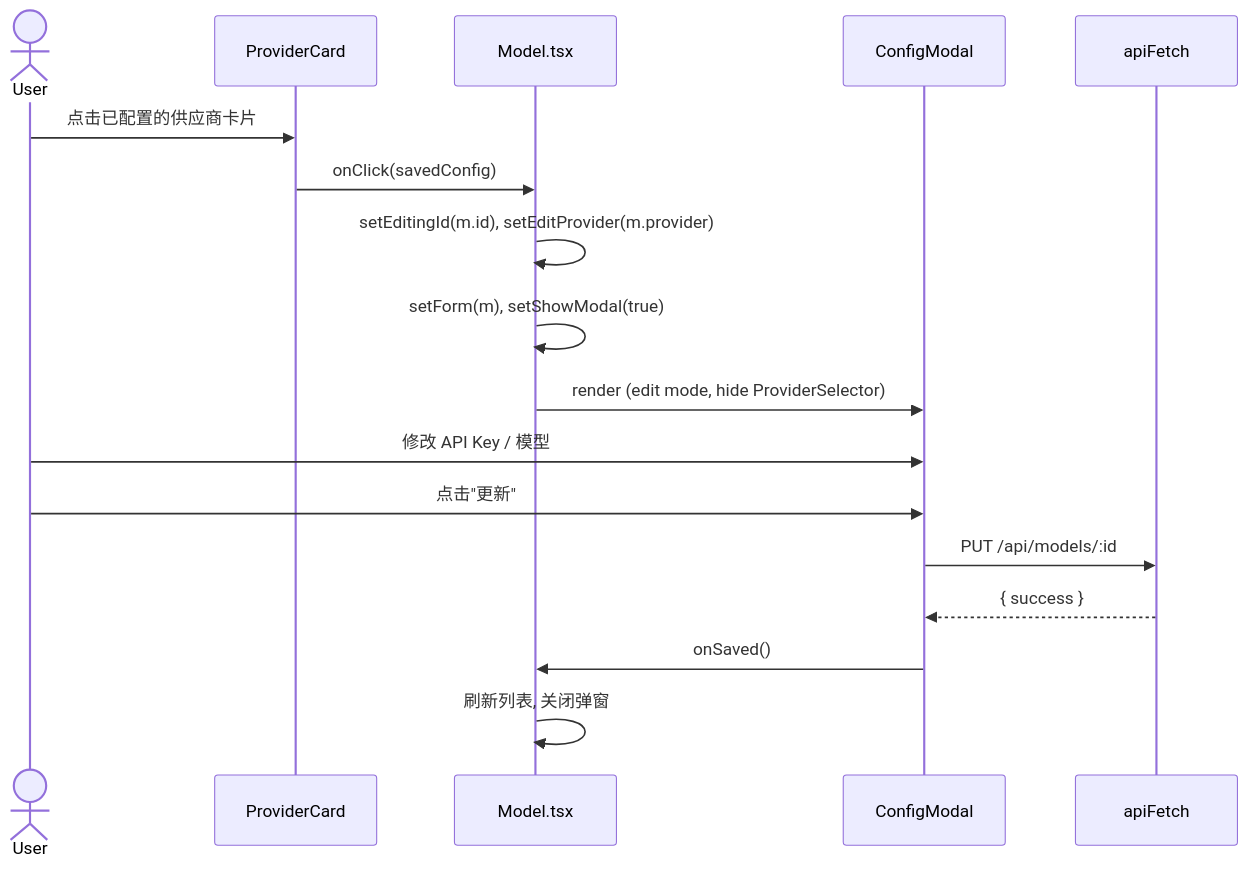
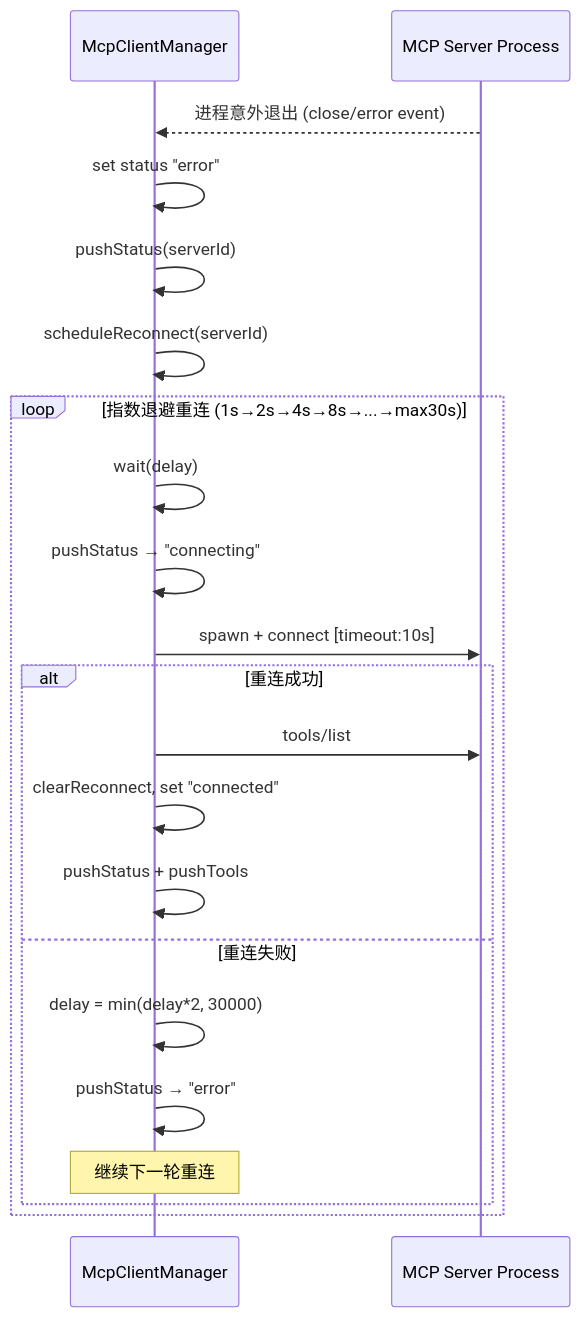
One commit to eafenzhang/workit changed the fifth of 6 diagrams in docs/system_design.md. Above: the diagram before and after it, drawn with Mermaid. The commit also changed other lines of this file and 21 other files, not shown here.

````diff
--- a/docs/system_design.md
+++ b/docs/system_design.md
@@ -251,21 +290,25 @@
 ```mermaid
 sequenceDiagram
-    actor User
-    participant Card as ProviderCard
-    participant Page as Model.tsx
-    participant Modal as ConfigModal
-    participant API as apiFetch
+    participant MCM as McpClientManager
+    participant MCP as MCP Server Process
 
-    User->>Card: 点击已配置的供应商卡片
-    Card->>Page: onClick(savedConfig)
-    Page->>Page: setEditingId(m.id), setEditProvider(m.provider)
-    Page->>Page: setForm(m), setShowModal(true)
-    Page->>Modal: render (edit mode, hide ProviderSelector)
+    MCP-->>MCM: 进程意外退出 (close/error event)
+    MCM->>MCM: set status "error"
+    MCM->>MCM: pushStatus(serverId)
+    MCM->>MCM: scheduleReconnect(serverId)
 
-    User->>Modal: 修改 API Key / 模型
-    User->>Modal: 点击"更新"
-    Modal->>API: PUT /api/models/:id
-    API-->>Modal: { success }
-    Modal->>Page: onSaved()
-    Page->>Page: 刷新列表, 关闭弹窗
+    loop 指数退避重连 (1s→2s→4s→8s→...→max30s)
+        MCM->>MCM: wait(delay)
+        MCM->>MCM: pushStatus → "connecting"
+        MCM->>MCP: spawn + connect [timeout:10s]
+        alt 重连成功
+            MCM->>MCP: tools/list
+            MCM->>MCM: clearReconnect, set "connected"
+            MCM->>MCM: pushStatus + pushTools
+        else 重连失败
+            MCM->>MCM: delay = min(delay*2, 30000)
+            MCM->>MCM: pushStatus → "error"
+            Note over MCM: 继续下一轮重连
+        end
+    end
 ```
````
